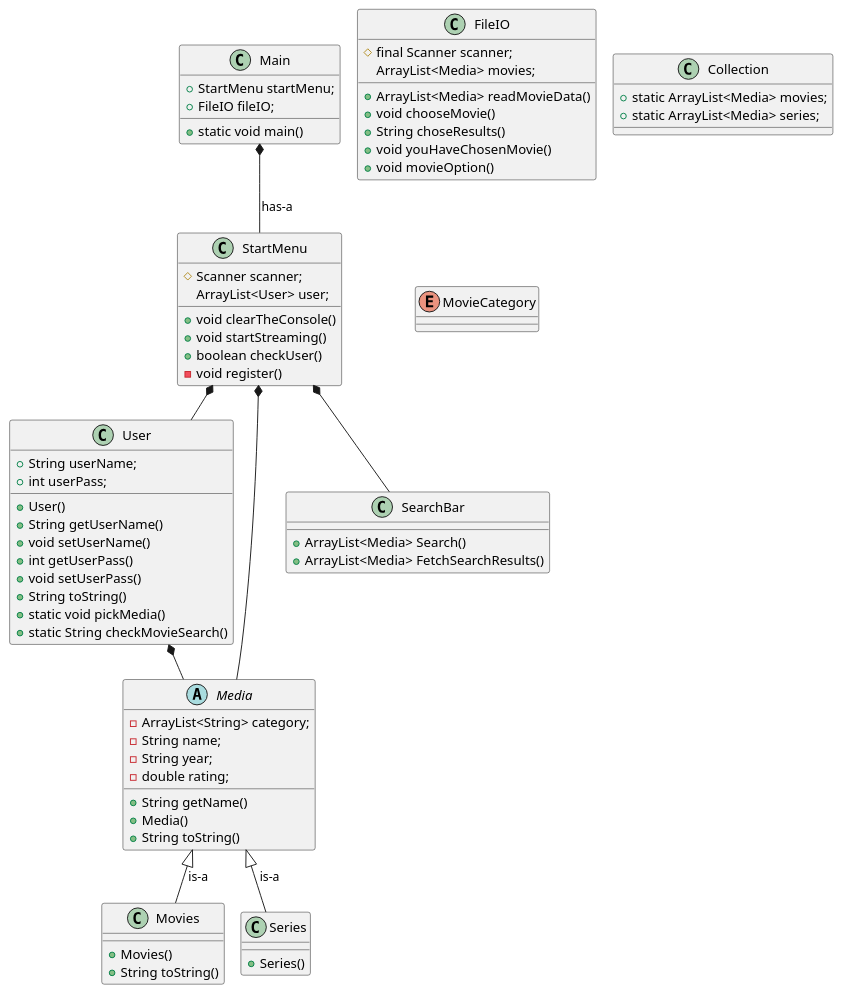
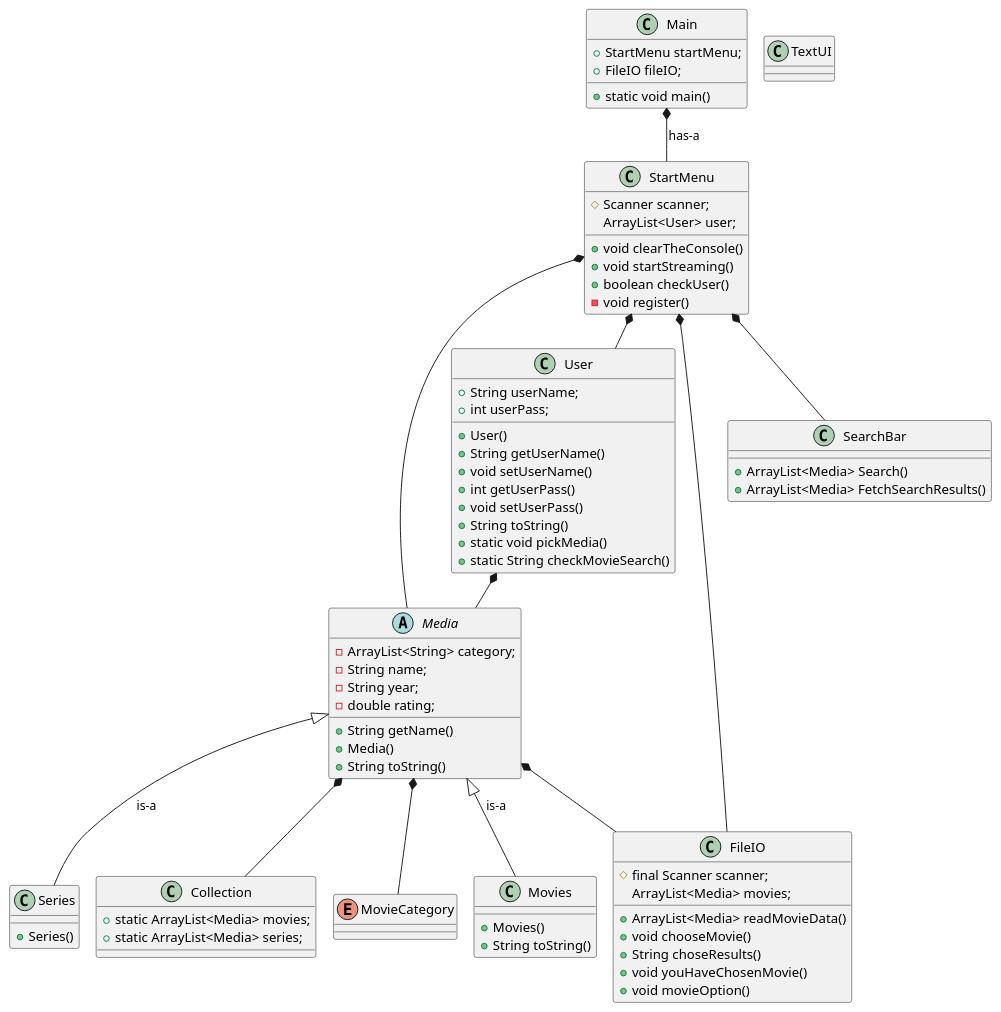
One commit to MajaLHJensen/SP3 changed the diagram in out/production/SP3/Structure.puml. Above: the diagram before and after it, drawn with PlantUML. The commit also changed other lines of this file and 2 other files, not shown here.

Commit message:
PlantUML
Hey

```diff
--- a/out/production/SP3/Structure.puml
+++ b/out/production/SP3/Structure.puml
@@ -1,74 +1,78 @@
 @startuml
 
 
 class Main
 class StartMenu
 class User
 abstract Media
 class Movies
 class Series
 class FileIO
 class Collection
 class SearchBar
 enum MovieCategory
+class TextUI
 
 Main : + static void main()
 Main : + StartMenu startMenu;
 Main : + FileIO fileIO;
 
 StartMenu : # Scanner scanner;
 StartMenu : ArrayList<User> user;
 StartMenu : + void clearTheConsole()
 StartMenu : + void startStreaming()
 StartMenu : + boolean checkUser()
 StartMenu : - void register()
 
 User : + String userName;
 User : + int userPass;
 User : + User()
 User : + String getUserName()
 User : + void setUserName()
 User : + int getUserPass()
 User : + void setUserPass()
 User : + String toString()
 User : + static void pickMedia()
 User : + static String checkMovieSearch()
 
 Media : - ArrayList<String> category;
 Media : - String name;
 Media : - String year;
 Media : - double rating;
 Media : + String getName()
 Media : + Media()
 Media : + String toString()
 
 Movies : + Movies()
 Movies : + String toString()
 
 Series : + Series()
 
 FileIO : # final Scanner scanner;
 FileIO : ArrayList<Media> movies;
 FileIO : + ArrayList<Media> readMovieData()
 FileIO : + void chooseMovie()
 FileIO : + String choseResults()
 FileIO : + void youHaveChosenMovie()
 FileIO : + void movieOption()
 
 Collection : + static ArrayList<Media> movies;
 Collection : + static ArrayList<Media> series;
 
 SearchBar : + ArrayList<Media> Search()
 SearchBar : + ArrayList<Media> FetchSearchResults()
 
 Main *-- StartMenu : has-a
 StartMenu *-- User
 StartMenu *-- Media
 StartMenu *-- SearchBar
+StartMenu *-- FileIO
 User *-- Media
 Media <|-- Movies : is-a
 Media <|-- Series : is-a
-
+Media *-- FileIO
+Media *-- Collection
+Media *-- MovieCategory
 
 !pragma layout smetana
 @enduml
```
